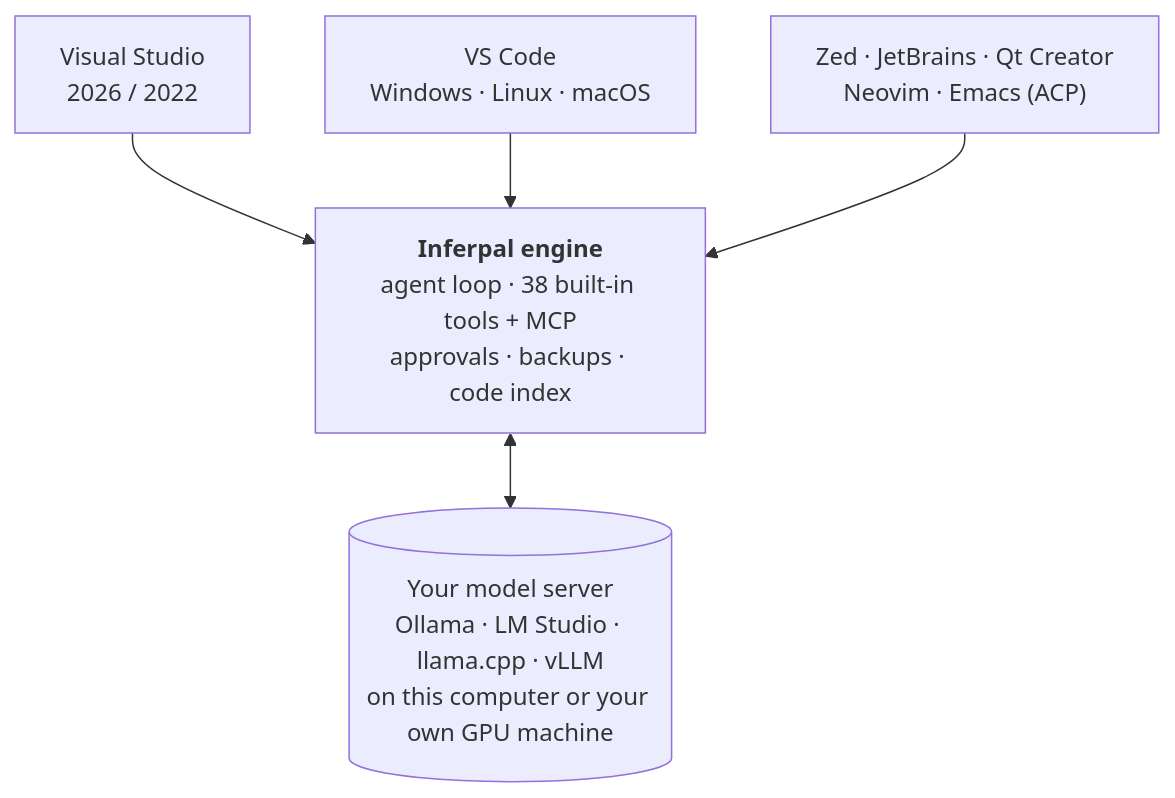
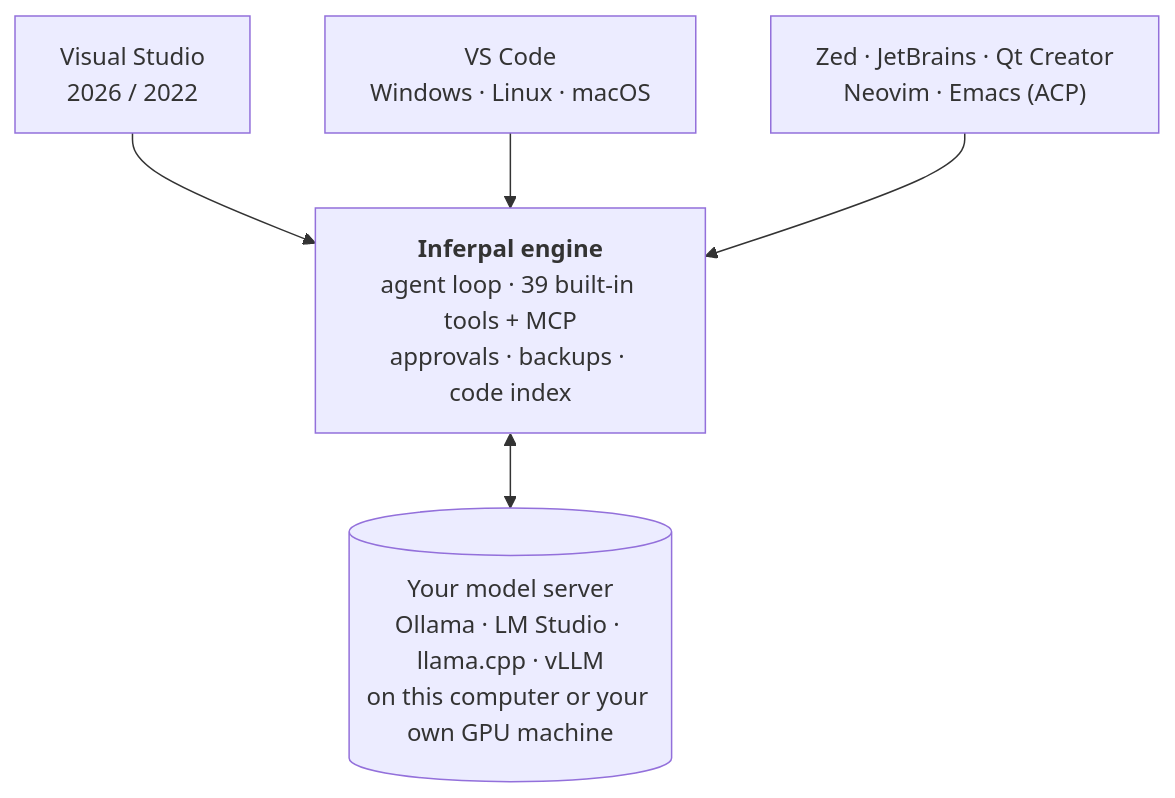
One commit to EstaxNet/Inferpal changed the second of 2 diagrams in README.md. Above: the diagram before and after it, drawn with Mermaid. The commit also changed other lines of this file and 53 other files, not shown here.

````diff
--- a/README.md
+++ b/README.md
@@ -161,10 +161,10 @@
 ```mermaid
 flowchart TB
     VS["Visual Studio<br/>2026 / 2022"]
     VSC["VS Code<br/>Windows · Linux · macOS"]
     ACP["Zed · JetBrains · Qt Creator<br/>Neovim · Emacs (ACP)"]
-    ENGINE["<b>Inferpal engine</b><br/>agent loop · 38 built-in tools + MCP<br/>approvals · backups · code index"]
+    ENGINE["<b>Inferpal engine</b><br/>agent loop · 39 built-in tools + MCP<br/>approvals · backups · code index"]
     MODEL[("Your model server<br/>Ollama · LM Studio · llama.cpp · vLLM<br/>on this computer or your own GPU machine")]
     VS & VSC & ACP --> ENGINE
     ENGINE <--> MODEL
 ```
````
